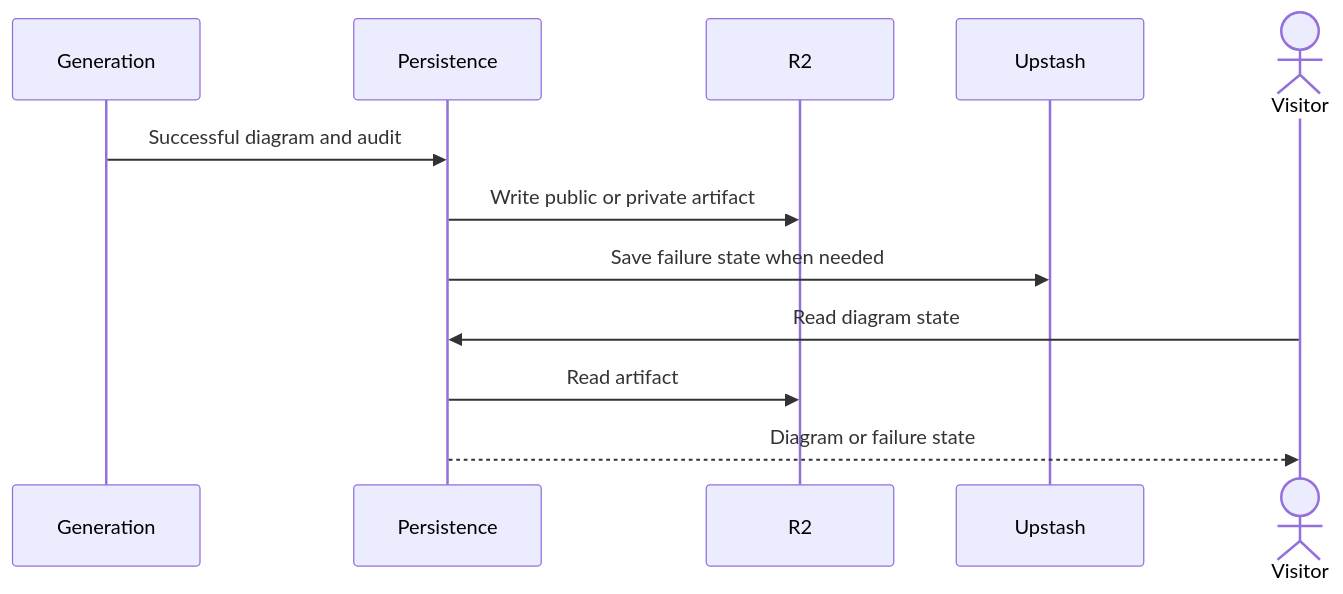
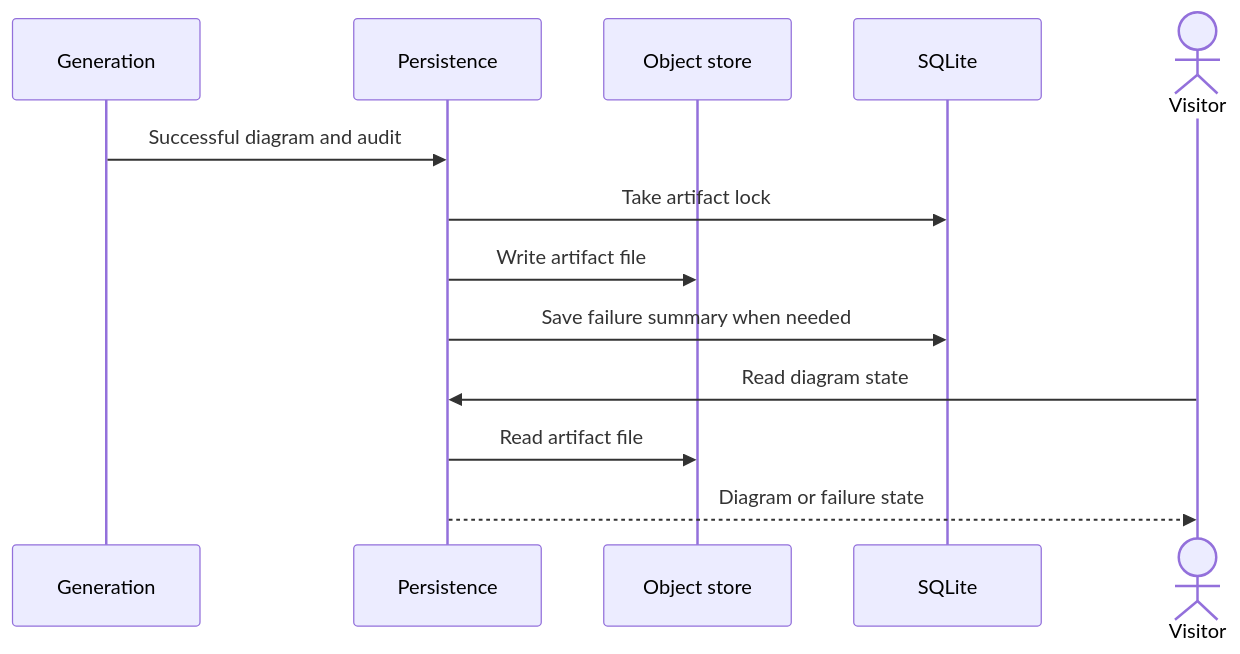
The diagram in docs/flows/artifact-storage.md (Pmac627/gitdiagram), drawn with Mermaid before and after one commit. The commit also changed other lines of this file and 420 other files, not shown here.

Commit message:
Private self-hosted fork for IIS (single operator, SQLite, provider adapters).

````diff
--- a/docs/flows/artifact-storage.md
+++ b/docs/flows/artifact-storage.md
@@ -41,14 +79,15 @@
 ```mermaid
 sequenceDiagram
     participant Generation
     participant Persist as Persistence
-    participant R2
-    participant Redis as Upstash
+    participant Objects as Object store
+    participant Db as SQLite
     actor Visitor
     Generation->>Persist: Successful diagram and audit
-    Persist->>R2: Write public or private artifact
-    Persist->>Redis: Save failure state when needed
+    Persist->>Db: Take artifact lock
+    Persist->>Objects: Write artifact file
+    Persist->>Db: Save failure summary when needed
     Visitor->>Persist: Read diagram state
-    Persist->>R2: Read artifact
+    Persist->>Objects: Read artifact file
     Persist-->>Visitor: Diagram or failure state
 ```
````
